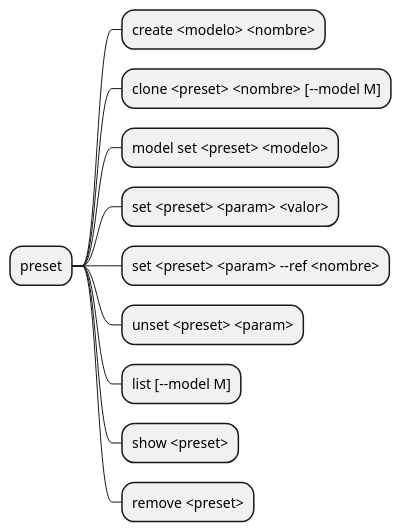
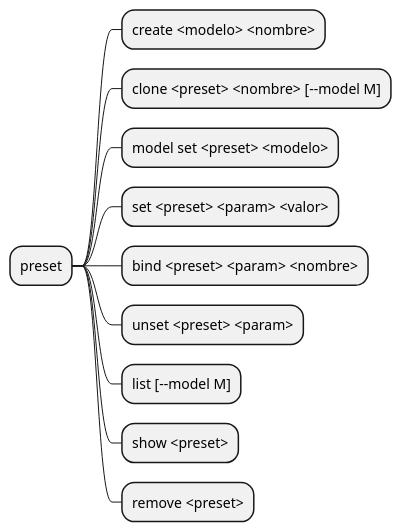
The seventh of 8 diagrams in docs/comandos.md (mstranich/coquena), drawn with PlantUML before and after one commit. The commit also changed other lines of this file and 13 other files, not shown here.

````diff
--- a/docs/comandos.md
+++ b/docs/comandos.md
@@ -458,14 +458,14 @@
 ```plantuml
 @startmindmap
 * preset
 ** create <modelo> <nombre>
 ** clone <preset> <nombre> [--model M]
 ** model set <preset> <modelo>
 ** set <preset> <param> <valor>
-** set <preset> <param> --ref <nombre>
+** bind <preset> <param> <nombre>
 ** unset <preset> <param>
 ** list [--model M]
 ** show <preset>
 ** remove <preset>
 @endmindmap
 ```
````
